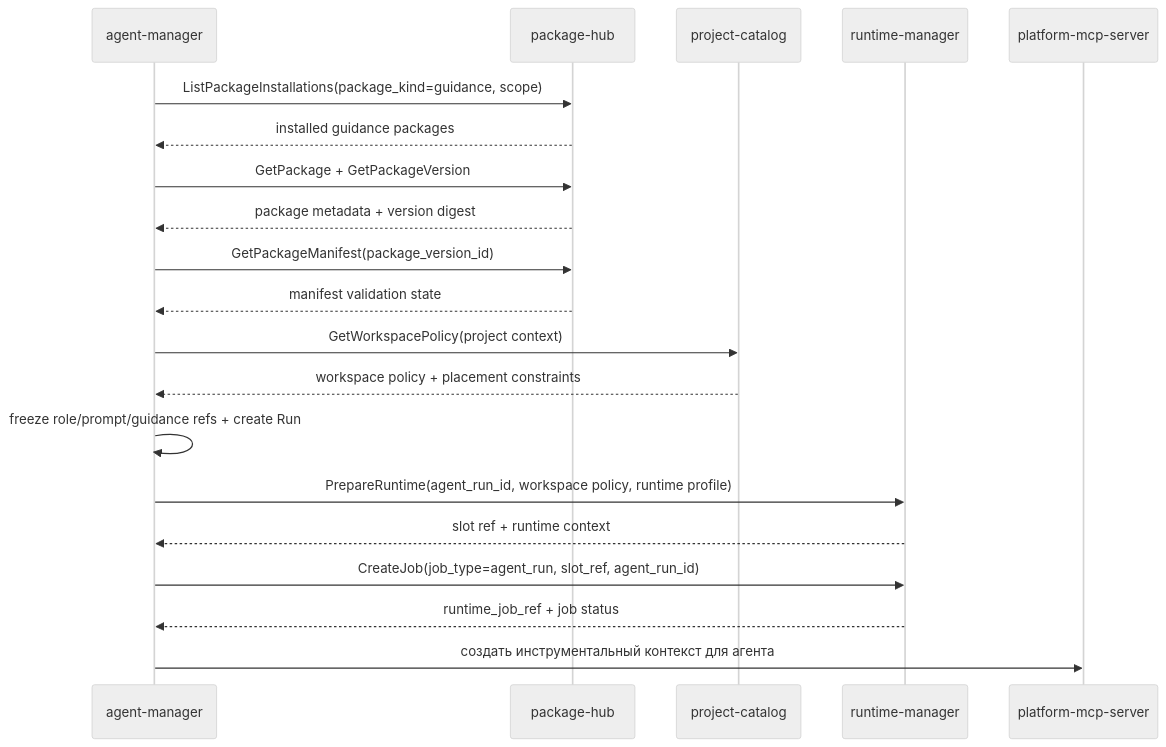
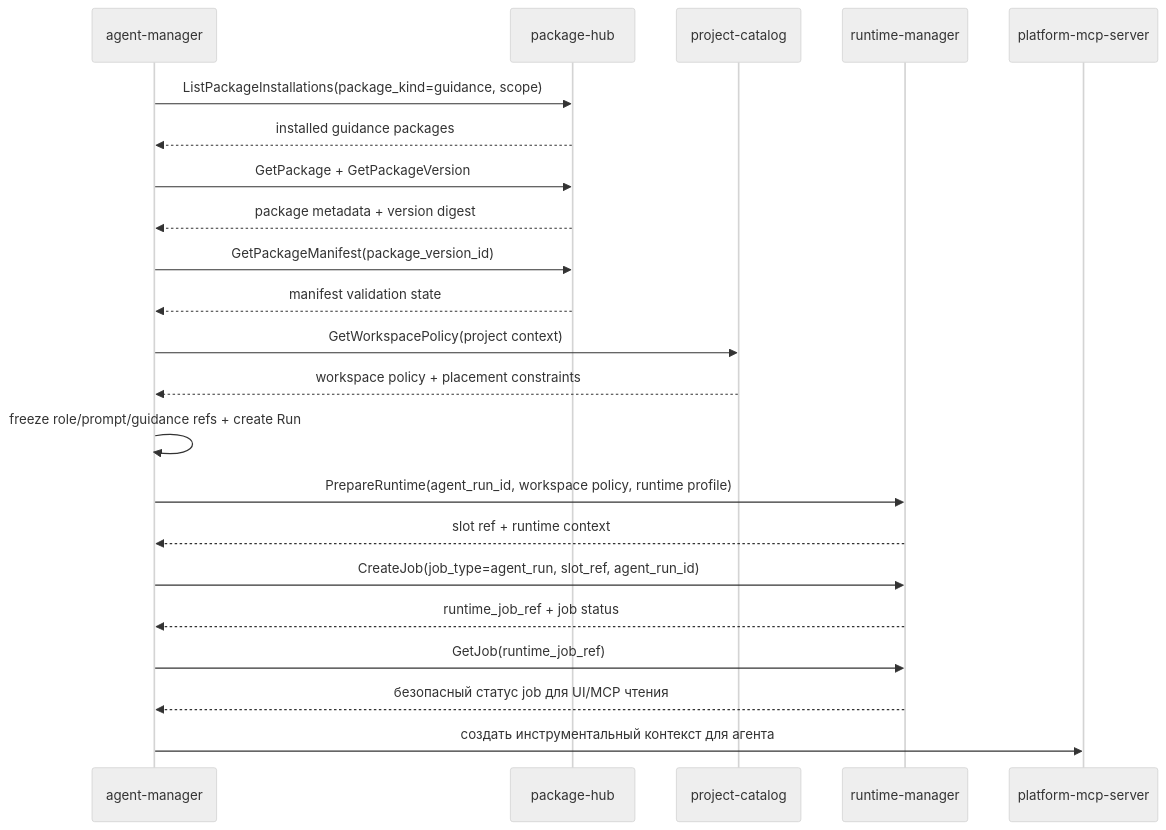
Before and after one commit to codex-k8s/kodex: the second of 3 diagrams in docs/domains/agent-orchestration/architecture/design.md, drawn with Mermaid (neutral theme). The commit also changed other lines of this file and 20 other files, not shown here.

````diff
--- a/docs/domains/agent-orchestration/architecture/design.md
+++ b/docs/domains/agent-orchestration/architecture/design.md
@@ -93,22 +93,24 @@
 ```mermaid
 sequenceDiagram
   participant AM as agent-manager
   participant PKG as package-hub
   participant PC as project-catalog
   participant R as runtime-manager
   participant MCP as platform-mcp-server
   AM->>PKG: ListPackageInstallations(package_kind=guidance, scope)
   PKG-->>AM: installed guidance packages
   AM->>PKG: GetPackage + GetPackageVersion
   PKG-->>AM: package metadata + version digest
   AM->>PKG: GetPackageManifest(package_version_id)
   PKG-->>AM: manifest validation state
   AM->>PC: GetWorkspacePolicy(project context)
   PC-->>AM: workspace policy + placement constraints
   AM->>AM: freeze role/prompt/guidance refs + create Run
   AM->>R: PrepareRuntime(agent_run_id, workspace policy, runtime profile)
   R-->>AM: slot ref + runtime context
   AM->>R: CreateJob(job_type=agent_run, slot_ref, agent_run_id)
   R-->>AM: runtime_job_ref + job status
+  AM->>R: GetJob(runtime_job_ref)
+  R-->>AM: безопасный статус job для UI/MCP чтения
   AM->>MCP: создать инструментальный контекст для агента
 ```
````
